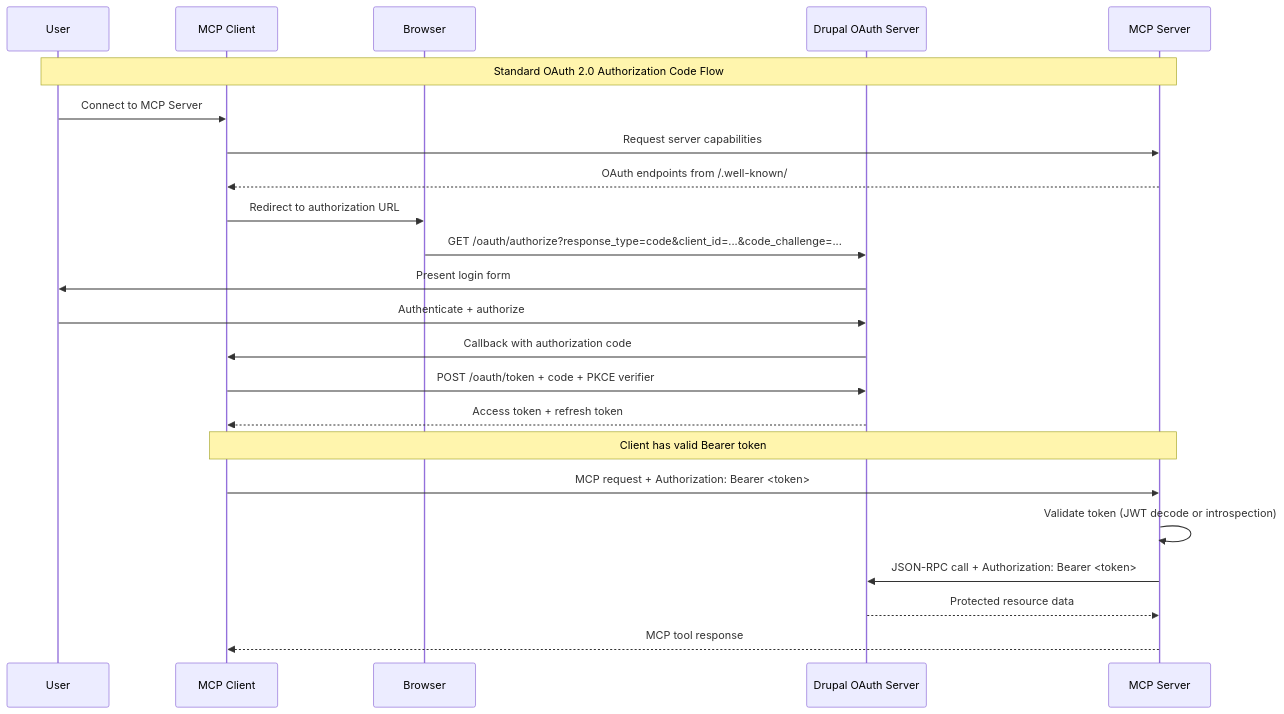
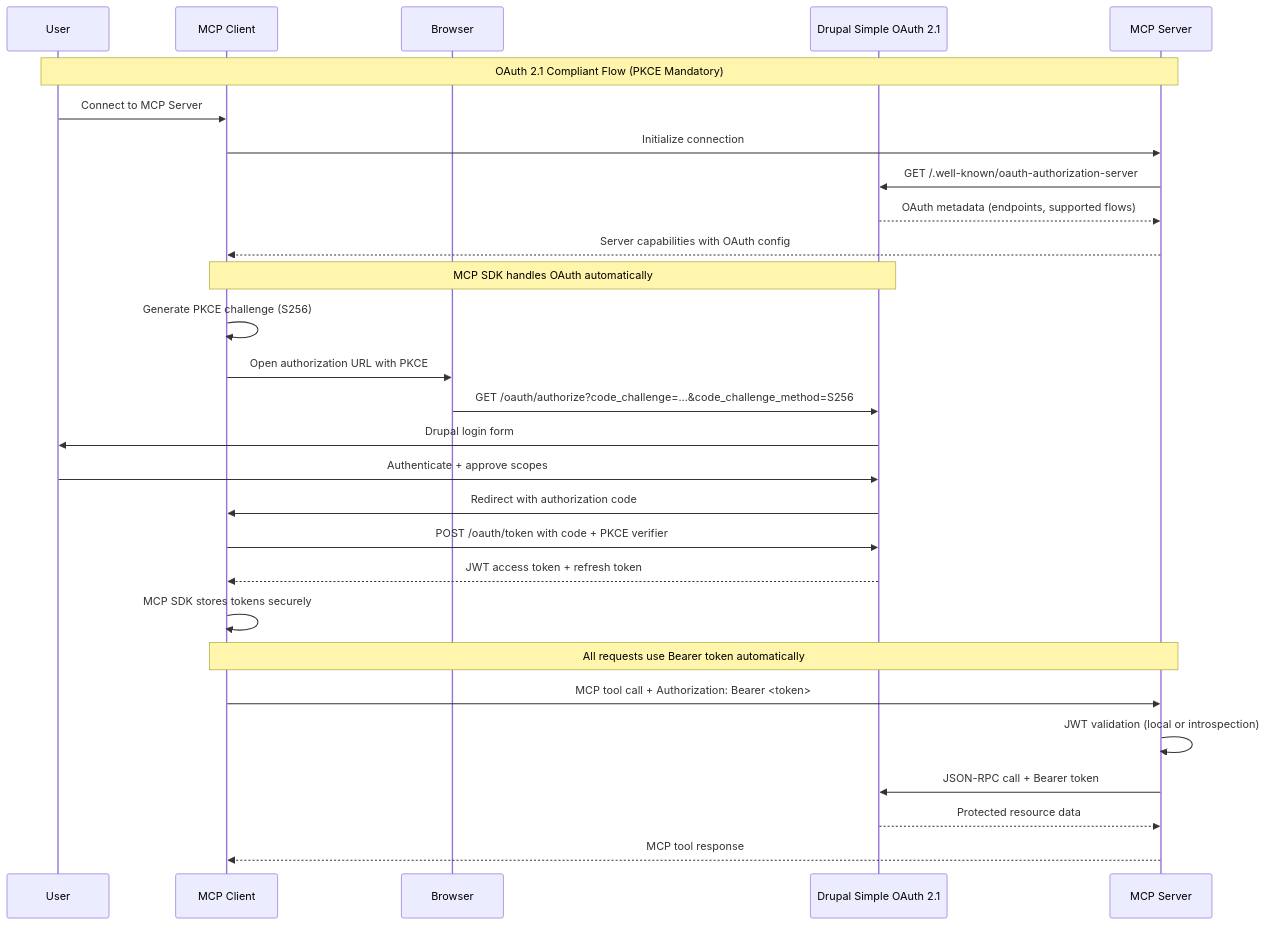
One commit to e0ipso/drupal-bridge-mcp changed the first of 2 diagrams in .ai/task-manager/docs/specs/02--oauth-authentication.md. Above: the diagram before and after it, drawn with Mermaid. The commit also changed other lines of this file and 12 other files, not shown here.

````diff
--- a/.ai/task-manager/docs/specs/02--oauth-authentication.md
+++ b/.ai/task-manager/docs/specs/02--oauth-authentication.md
@@ -83,31 +115,36 @@
 ```mermaid
 sequenceDiagram
     participant U as User
     participant C as MCP Client
     participant B as Browser
-    participant DR as Drupal OAuth Server
+    participant DR as Drupal Simple OAuth 2.1
     participant MS as MCP Server
 
-    Note over U,MS: Standard OAuth 2.0 Authorization Code Flow
+    Note over U,MS: OAuth 2.1 Compliant Flow (PKCE Mandatory)
 
     U->>C: Connect to MCP Server
-    C->>MS: Request server capabilities
-    MS-->>C: OAuth endpoints from /.well-known/
+    C->>MS: Initialize connection
+    MS->>DR: GET /.well-known/oauth-authorization-server
+    DR-->>MS: OAuth metadata (endpoints, supported flows)
+    MS-->>C: Server capabilities with OAuth config
 
-    C->>B: Redirect to authorization URL
-    B->>DR: GET /oauth/authorize?response_type=code&client_id=...&code_challenge=...
-    DR->>U: Present login form
-    U->>DR: Authenticate + authorize
-    DR->>C: Callback with authorization code
+    Note over C,DR: MCP SDK handles OAuth automatically
+    C->>C: Generate PKCE challenge (S256)
+    C->>B: Open authorization URL with PKCE
+    B->>DR: GET /oauth/authorize?code_challenge=...&code_challenge_method=S256
+    DR->>U: Drupal login form
+    U->>DR: Authenticate + approve scopes
+    DR->>C: Redirect with authorization code
 
-    C->>DR: POST /oauth/token + code + PKCE verifier
-    DR-->>C: Access token + refresh token
+    C->>DR: POST /oauth/token with code + PKCE verifier
+    DR-->>C: JWT access token + refresh token
+    C->>C: MCP SDK stores tokens securely
 
-    Note over C,MS: Client has valid Bearer token
+    Note over C,MS: All requests use Bearer token automatically
 
-    C->>MS: MCP request + Authorization: Bearer <token>
-    MS->>MS: Validate token (JWT decode or introspection)
-    MS->>DR: JSON-RPC call + Authorization: Bearer <token>
+    C->>MS: MCP tool call + Authorization: Bearer <token>
+    MS->>MS: JWT validation (local or introspection)
+    MS->>DR: JSON-RPC call + Bearer token
     DR-->>MS: Protected resource data
     MS-->>C: MCP tool response
 ```
````
